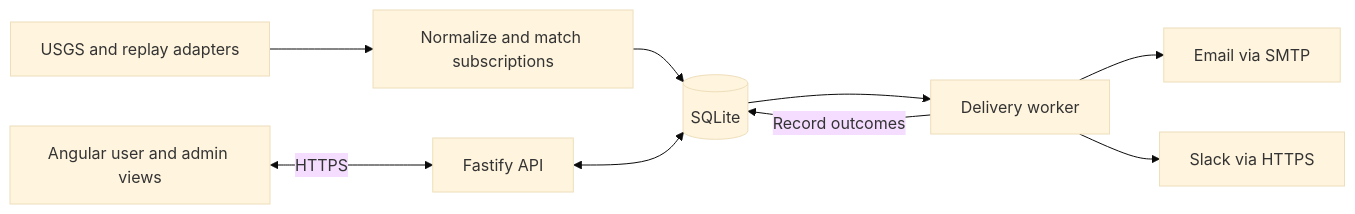
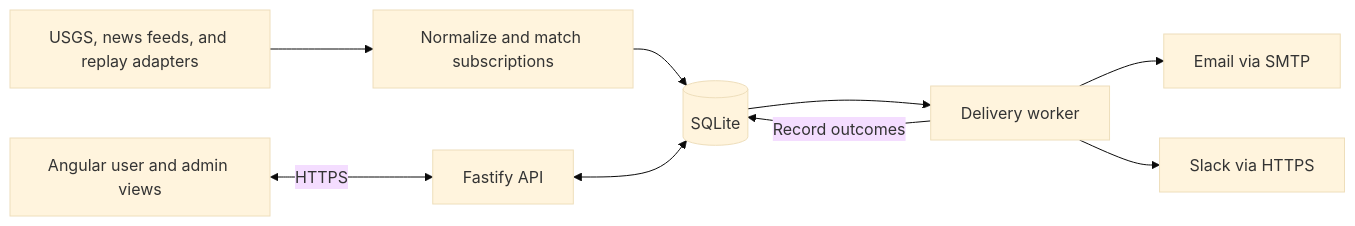
Before and after one commit to szacskesz/sonrisa_interview_assignment: the diagram in docs/P1-task-04-alerts-feature-design.md, drawn with Mermaid (base theme). The commit also changed other lines of this file and 1 other file, not shown here.

Commit message:
P1-task-04 Choose RSS for news and remove WebSockets

````diff
--- a/docs/P1-task-04-alerts-feature-design.md
+++ b/docs/P1-task-04-alerts-feature-design.md
@@ -22,11 +22,11 @@
 ```mermaid
 flowchart LR
-    Sources["USGS and replay adapters"] --> Ingest["Normalize and match subscriptions"]
+    Sources["USGS, news feeds, and replay adapters"] --> Ingest["Normalize and match subscriptions"]
     Ingest --> Database[("SQLite")]
     Database --> Worker["Delivery worker"]
     Worker --> Email["Email via SMTP"]
     Worker --> Slack["Slack via HTTPS"]
     Worker -->|Record outcomes| Database
     Views["Angular user and admin views"] <-->|HTTPS| API["Fastify API"]
     API <--> Database
 ```
````
